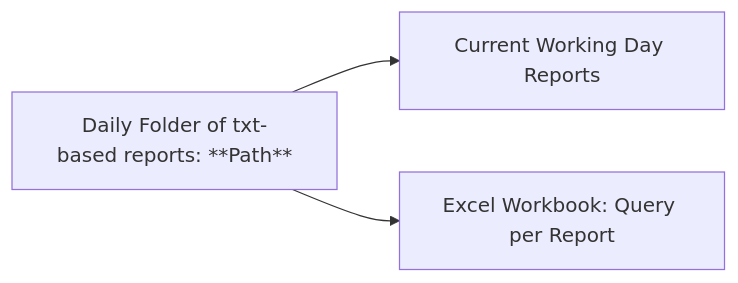
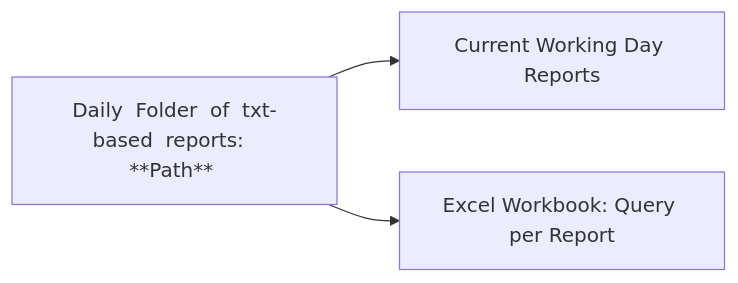
The diagram in README.md (Eddie-Zhu-IRL/banking-report-etl-powerquery), drawn with Mermaid before and after one commit.

````diff
--- a/README.md
+++ b/README.md
@@ -60,6 +60,6 @@
 ```mermaid
 graph LR;
-A[Daily Folder of txt-based reports: **Path**] --> B[Current Working Day Reports];
-A[Daily Folder of txt-based reports: **Path**] --> C[Excel Workbook: Query per Report];
+A[Daily&nbsp; Folder&nbsp; of&nbsp; txt-based&nbsp; reports:&nbsp; **Path**&nbsp;] --> B[Current Working Day Reports];
+A[Daily&nbsp; Folder&nbsp; of&nbsp; txt-based&nbsp; reports:&nbsp; **Path**&nbsp;] --> C[Excel Workbook: Query per Report];
 
 ```
````
